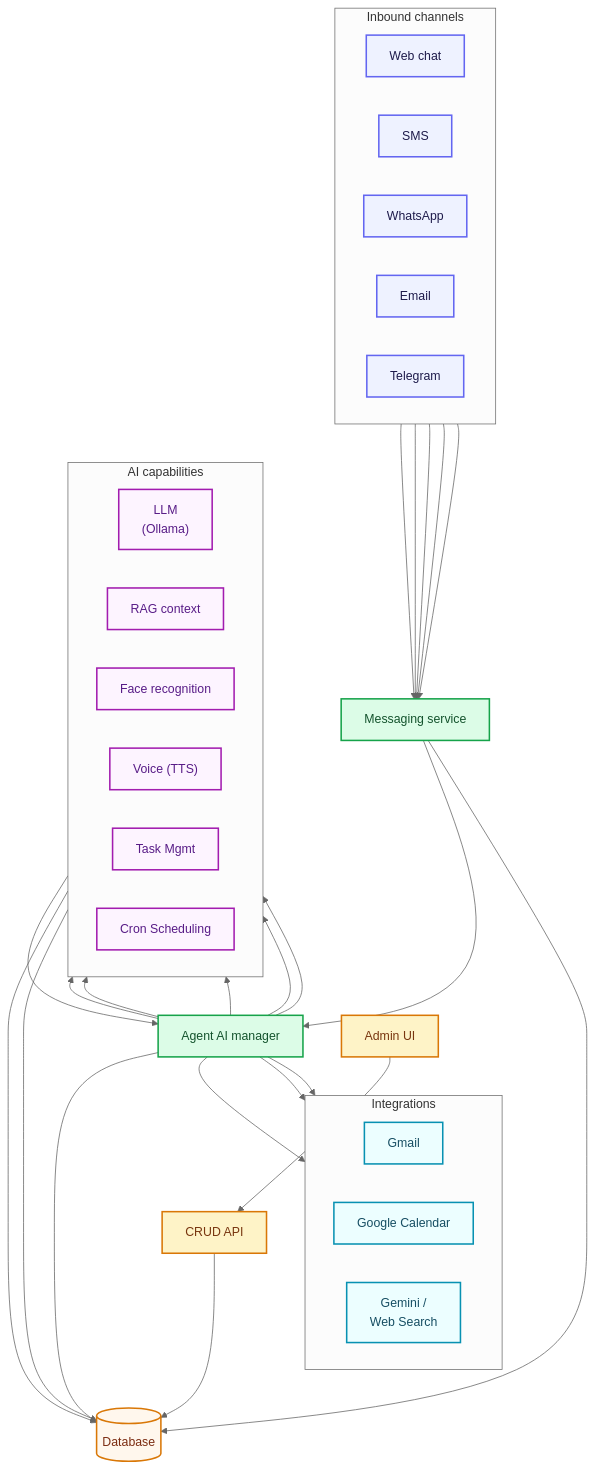
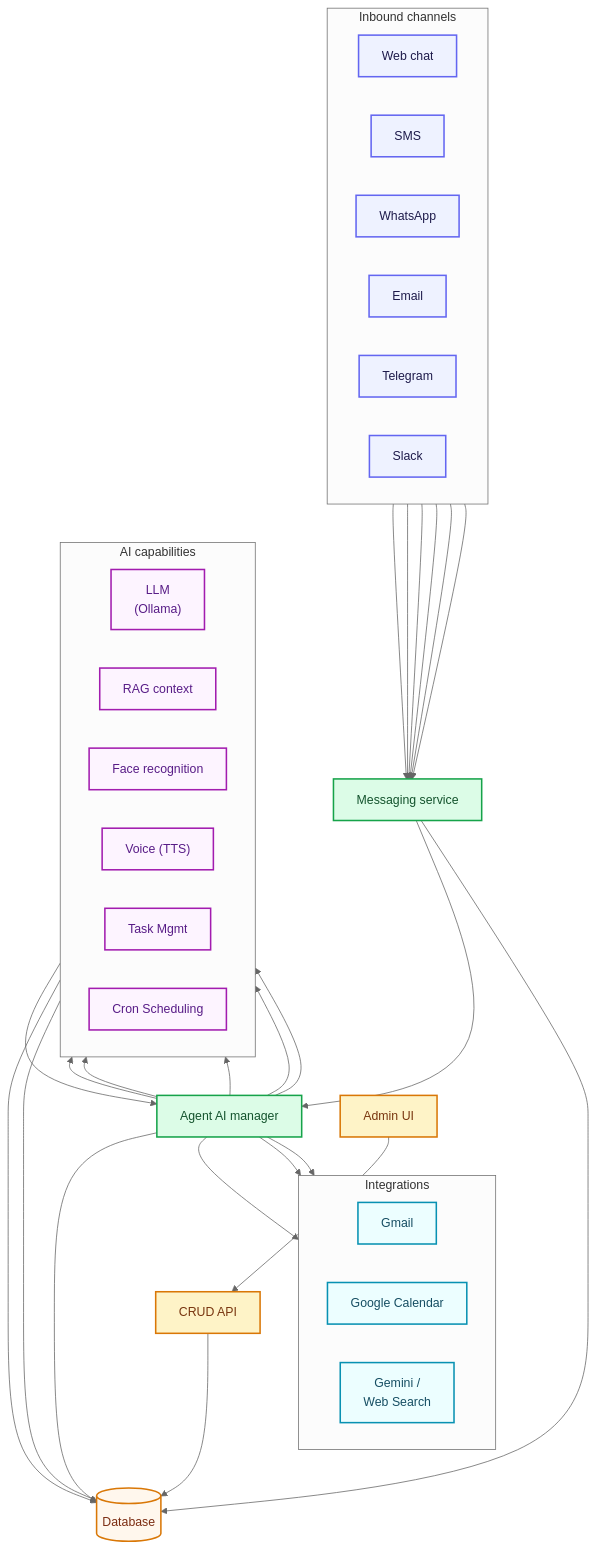
The diagram in README.md (bjm88/family-assistant), drawn with Mermaid (neutral theme) before and after one commit. The commit also changed other lines of this file and 50 other files, not shown here.

```diff
--- a/README.md
+++ b/README.md
@@ -67,6 +68,7 @@
         WA["WhatsApp"]
         Email["Email"]
         Telegram["Telegram"]
+        Slack["Slack"]
     end
 
     %% ─── Core ───────────────────────────────────────────────────
@@ -102,6 +104,7 @@
     WA --> Hub
     Email --> Hub
     Telegram --> Hub
+    Slack --> Hub
 
     %% Invisible links to coax Mermaid into aligning the admin
     %% pipeline (right column) next to the messaging pipeline
@@ -135,7 +138,7 @@
     classDef ai fill:#fdf4ff,stroke:#a21caf,color:#581c87,stroke-width:2px
     classDef integ fill:#ecfeff,stroke:#0891b2,color:#164e63,stroke-width:2px
     classDef data fill:#fff7ed,stroke:#d97706,color:#7c2d12,stroke-width:2px
-    class Web,SMS,WA,Email,Telegram inbound
+    class Web,SMS,WA,Email,Telegram,Slack inbound
     class Hub,Agent core
     class AdminUI,CRUD admin
     class LLM,RAG,Face,Voice,Tasks,Cron ai
```
